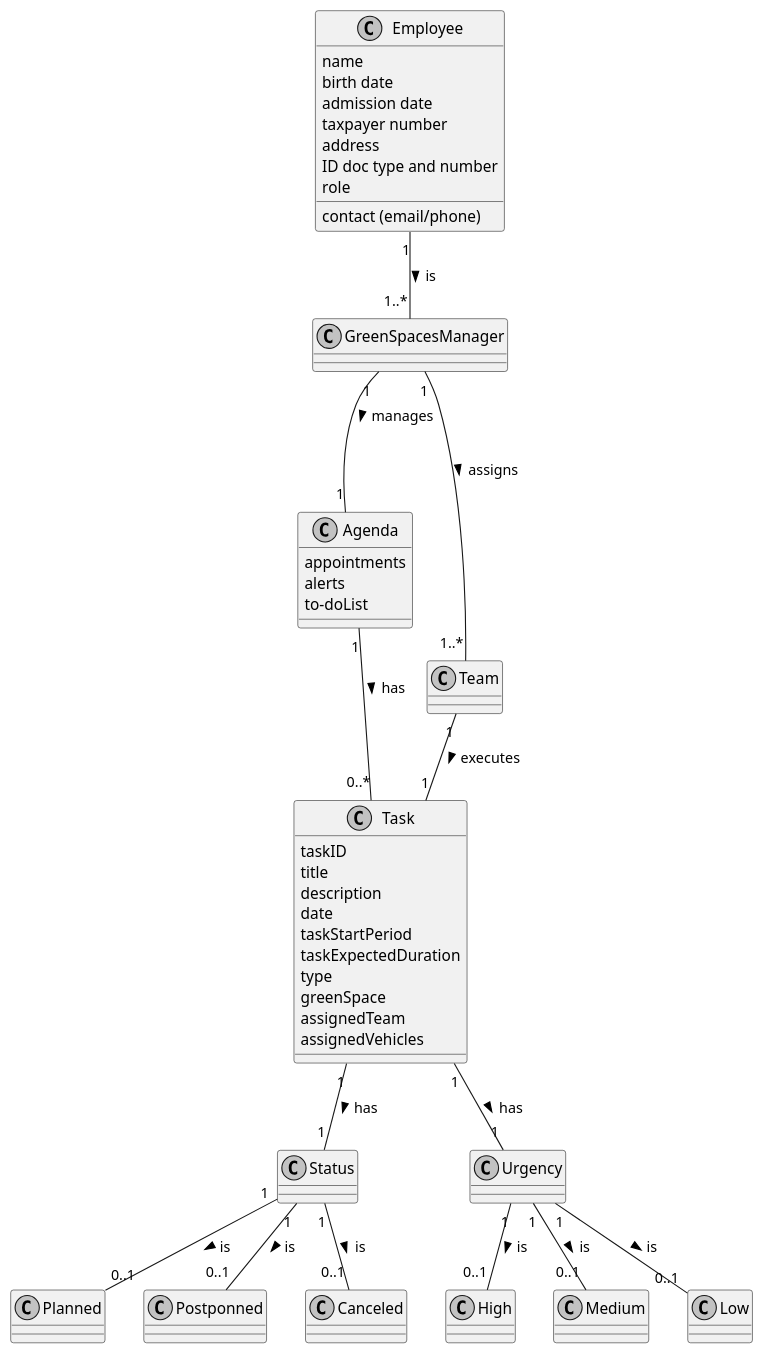
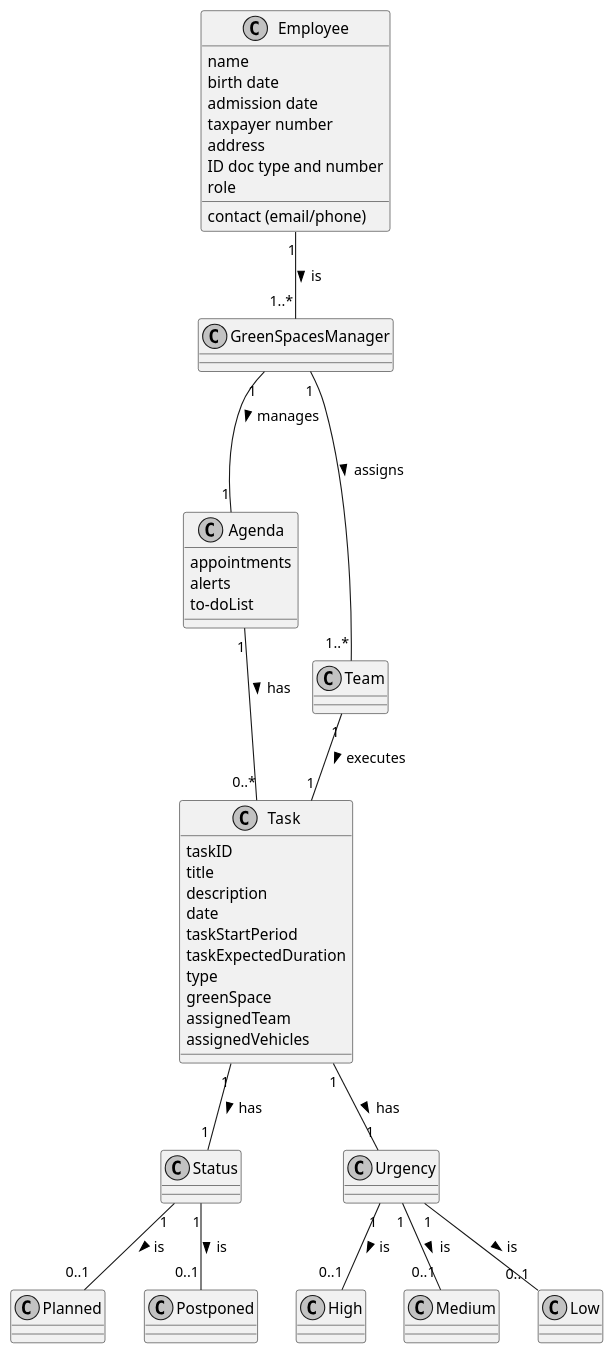
One commit to LopemigueISEP/lei-24-s2-1nb-g312 changed the diagram in docs/sprintC/US023/02.analysis/puml/us023-domain-model.puml. Above: the diagram before and after it, drawn with PlantUML. The commit also changed 16 other files, not shown here.

```diff
--- a/docs/sprintC/US023/02.analysis/puml/us023-domain-model.puml
+++ b/docs/sprintC/US023/02.analysis/puml/us023-domain-model.puml
@@ -1,70 +1,69 @@
 @startuml
 skinparam monochrome true
 skinparam packageStyle rectangle
 skinparam shadowing false
 
 skinparam classAttributeIconSize 0
 
 class Employee {
     name
     birth date
     contact (email/phone)
     admission date
     taxpayer number
     address
     ID doc type and number
     role
 }
 
 
 
 class Agenda {
     appointments
     alerts
     to-doList
 }
 
 class Task {
     taskID
     title
     description
     date
     taskStartPeriod
     taskExpectedDuration
     type
     greenSpace
     assignedTeam
     assignedVehicles
 }
 
 class Status {
 }
 
 class Urgency{
 }
 
 class GreenSpacesManager{
 
 }
 
 
 
 class Team{
 }
 
 Employee "1" -- "1..*" GreenSpacesManager : is >
 Agenda "1" -- "0..*" Task : has >
 Team "1" -- "1" Task : executes >
 GreenSpacesManager "1" -- "1" Agenda : manages >
 GreenSpacesManager "1" --- "1..*" Team : assigns >
 Task "1" -- "1" Status : has >
 Task "1" -- "1" Urgency : has >
 Status "1" -- "0..1" Planned : is >
-Status "1" -- "0..1" Postponned : is >
-Status "1" -- "0..1" Canceled : is >
+Status "1" -- "0..1" Postponed : is >
 Urgency "1" -- "0..1" High : is >
 Urgency "1" -- "0..1" Medium : is >
 Urgency "1" -- "0..1" Low : is >
 
 
 @enduml
```
